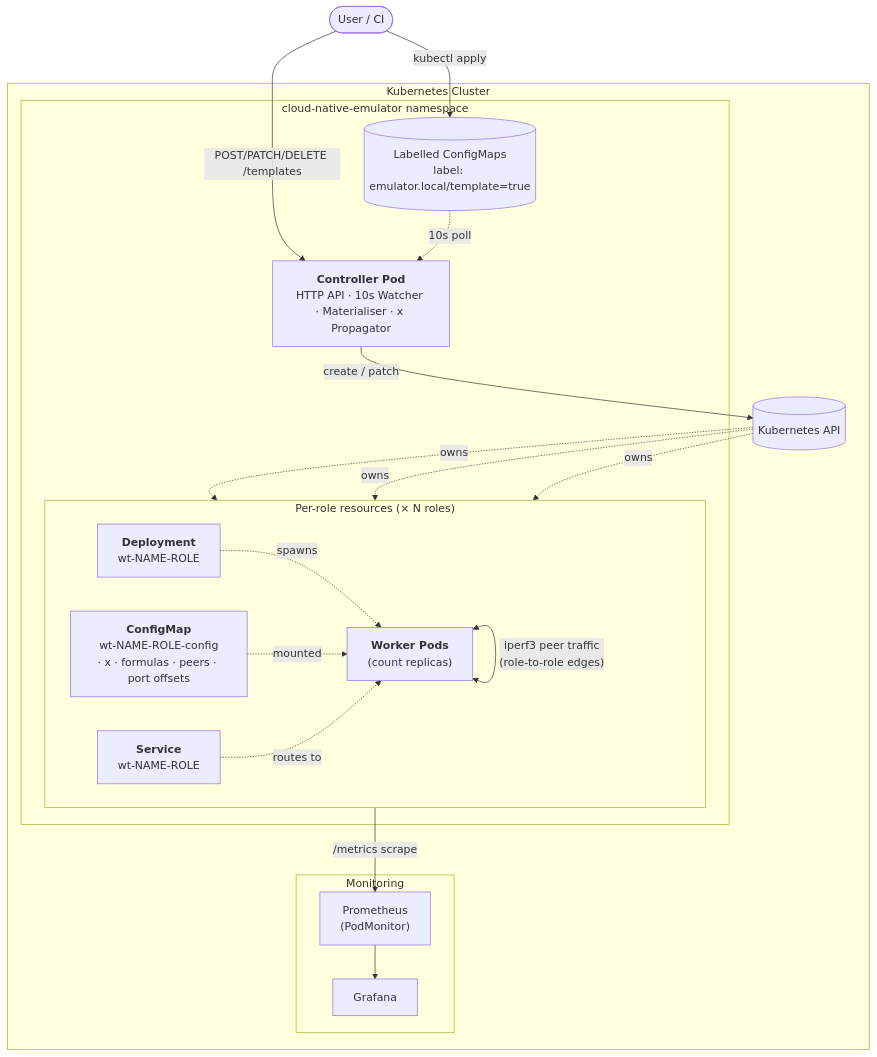
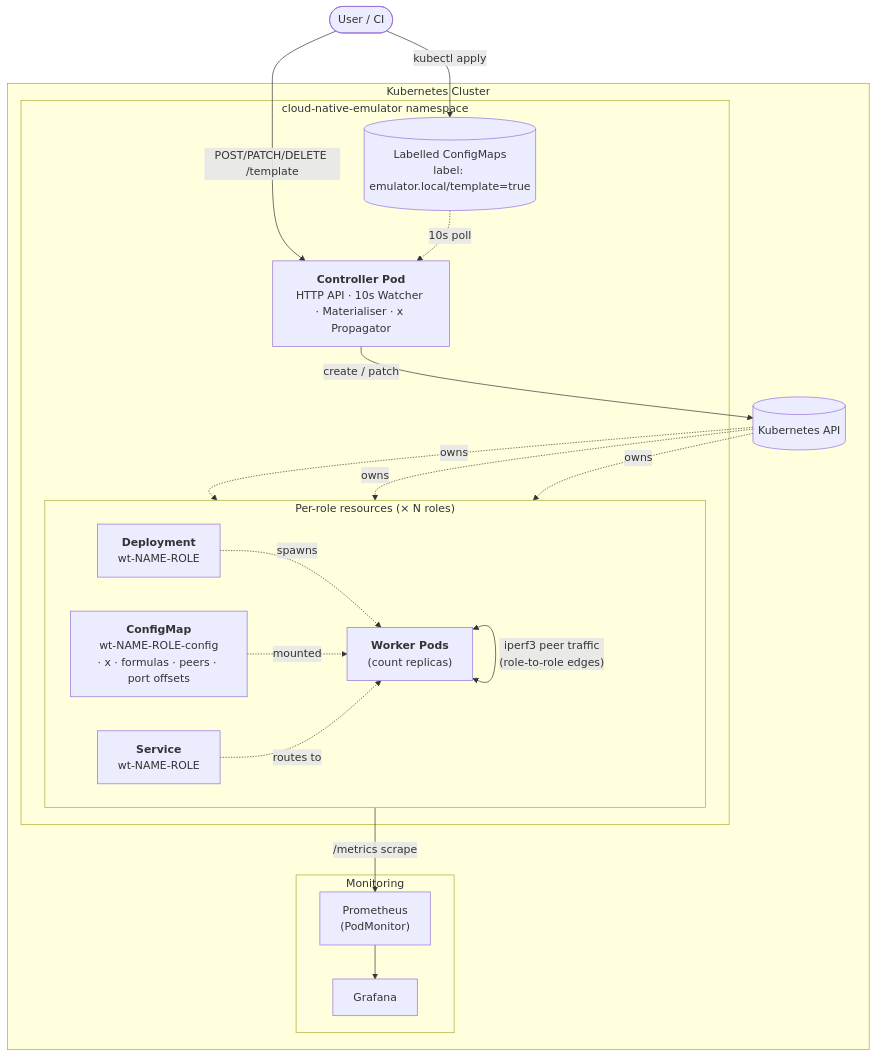
The first of 6 diagrams in ARCHITECTURE.md (Jakub-Bojar/cloud-native-emulator), drawn with Mermaid before and after one commit. The commit also changed other lines of this file and 1 other file, not shown here.

Commit message:
Update API documentation for template endpoints and inter-tier latency configuration

````diff
--- a/ARCHITECTURE.md
+++ b/ARCHITECTURE.md
@@ -25,42 +25,42 @@
 ```mermaid
 flowchart TB
     User([User / CI])
 
     subgraph cluster["Kubernetes Cluster"]
         subgraph ns["cloud-native-emulator namespace"]
             Controller["<b>Controller Pod</b><br/>HTTP API · 10s Watcher · Materialiser · x Propagator"]
 
             LCM[("Labelled ConfigMaps<br/>label: emulator.local/template=true")]
 
             subgraph roleRes["Per-role resources (× N roles)"]
                 direction LR
                 CM["<b>ConfigMap</b><br/>wt-NAME-ROLE-config<br/>· x · formulas · peers · port offsets"]
                 Deploy["<b>Deployment</b><br/>wt-NAME-ROLE"]
                 Svc["<b>Service</b><br/>wt-NAME-ROLE"]
                 Pods["<b>Worker Pods</b><br/>(count replicas)"]
             end
 
             Deploy -.->|spawns| Pods
             CM -.->|mounted| Pods
             Svc -.->|routes to| Pods
         end
 
         K8sAPI[("Kubernetes API")]
 
         subgraph mon["Monitoring"]
             Prom["Prometheus<br/>(PodMonitor)"]
             Graf["Grafana"]
         end
     end
 
-    User -->|"POST/PATCH/DELETE /templates"| Controller
+    User -->|"POST/PATCH/DELETE /template"| Controller
     User -->|"kubectl apply"| LCM
     LCM -.->|"10s poll"| Controller
     Controller -->|"create / patch"| K8sAPI
     K8sAPI -.->|owns| CM
     K8sAPI -.->|owns| Deploy
     K8sAPI -.->|owns| Svc
     Pods <-->|"iperf3 peer traffic<br/>(role-to-role edges)"| Pods
     Pods -->|"/metrics scrape"| Prom
     Prom --> Graf
 ```
````
